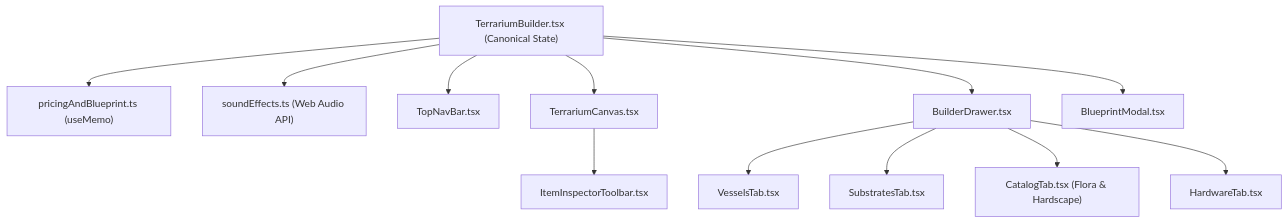
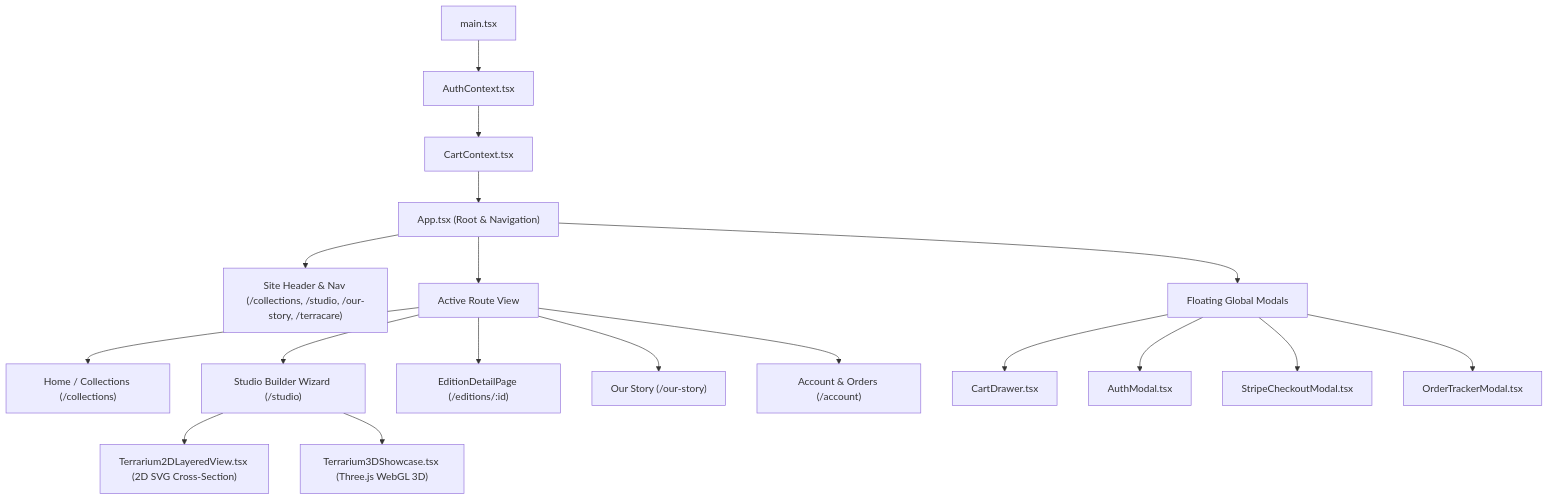
The diagram in ARCHITECTURE.md (vickyadebona/verdant-terrarium-studio), drawn with Mermaid before and after one commit. The commit also changed other lines of this file and 32 other files, not shown here.

````diff
--- a/ARCHITECTURE.md
+++ b/ARCHITECTURE.md
@@ -56,19 +56,25 @@
 ```mermaid
 flowchart TD
-    TB["TerrariumBuilder.tsx (Canonical State)"]
-    
-    TB -->P["pricingAndBlueprint.ts (useMemo)"]
-    TB -->SFX["soundEffects.ts (Web Audio API)"]
-    
-    TB -->TNB["TopNavBar.tsx"]
-    TB -->TC["TerrariumCanvas.tsx"]
-    TB -->BD["BuilderDrawer.tsx"]
-    TB -->BM["BlueprintModal.tsx"]
-    
-    TC -->IIT["ItemInspectorToolbar.tsx"]
-    
-    BD -->VT["VesselsTab.tsx"]
-    BD -->ST["SubstratesTab.tsx"]
-    BD -->CT["CatalogTab.tsx (Flora & Hardscape)"]
-    BD -->HT["HardwareTab.tsx"]
+    Main["main.tsx"]
+    Main --> AuthP["AuthContext.tsx"]
+    AuthP --> CartP["CartContext.tsx"]
+    CartP --> App["App.tsx (Root & Navigation)"]
+
+    App --> TopHeader["Site Header & Nav (/collections, /studio, /our-story, /terracare)"]
+    App --> RouteView["Active Route View"]
+
+    RouteView --> HomeView["Home / Collections (/collections)"]
+    RouteView --> BuilderWizard["Studio Builder Wizard (/studio)"]
+    RouteView --> EditionDetail["EditionDetailPage (/editions/:id)"]
+    RouteView --> StoryView["Our Story (/our-story)"]
+    RouteView --> AccountView["Account & Orders (/account)"]
+
+    BuilderWizard --> View2D["Terrarium2DLayeredView.tsx (2D SVG Cross-Section)"]
+    BuilderWizard --> View3D["Terrarium3DShowcase.tsx (Three.js WebGL 3D)"]
+
+    App --> Modals["Floating Global Modals"]
+    Modals --> CartD["CartDrawer.tsx"]
+    Modals --> AuthM["AuthModal.tsx"]
+    Modals --> StripeM["StripeCheckoutModal.tsx"]
+    Modals --> OrderM["OrderTrackerModal.tsx"]
 ```
````
